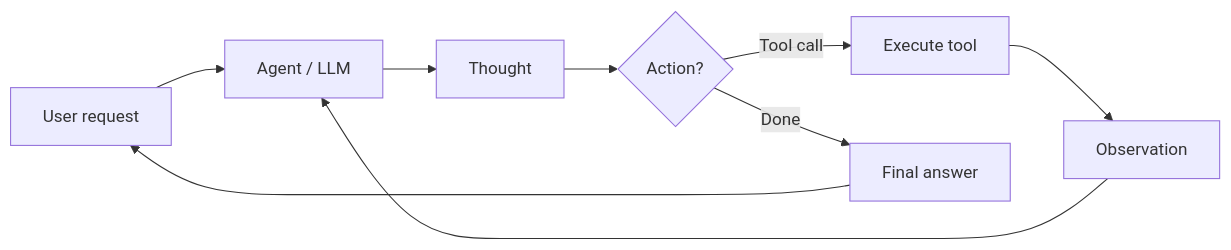
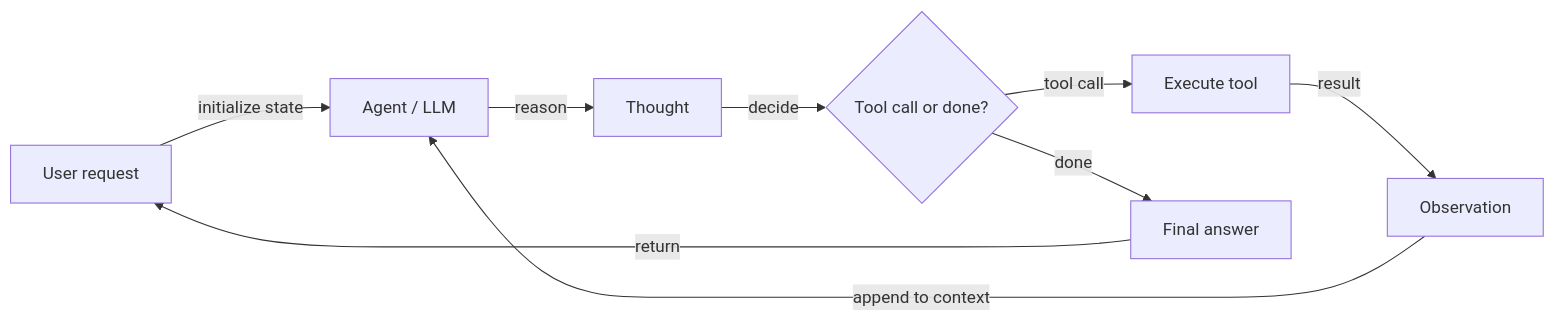
The first of 2 diagrams in docs/agents/index.md (EmersonBraun/ai-summary-hub), drawn with Mermaid before and after one commit. The commit also changed other lines of this file and 77 other files, not shown here.

````diff
--- a/docs/agents/index.md
+++ b/docs/agents/index.md
@@ -21,11 +23,11 @@
 ```mermaid
 flowchart LR
-  User[User request] --> Agent["Agent / LLM"]
-  Agent --> Thought[Thought]
-  Thought --> Decision{Action?}
-  Decision -->|Tool call| Tool[Execute tool]
-  Tool --> Obs[Observation]
-  Obs --> Agent
-  Decision -->|Done| Answer[Final answer]
-  Answer --> User
+  UserReq[User request] -->|initialize state| Agent["Agent / LLM"]
+  Agent -->|reason| Thought[Thought]
+  Thought -->|decide| Decision{Tool call or done?}
+  Decision -->|tool call| Tool[Execute tool]
+  Tool -->|result| Obs[Observation]
+  Obs -->|append to context| Agent
+  Decision -->|done| Answer[Final answer]
+  Answer -->|return| UserReq
 ```
````
